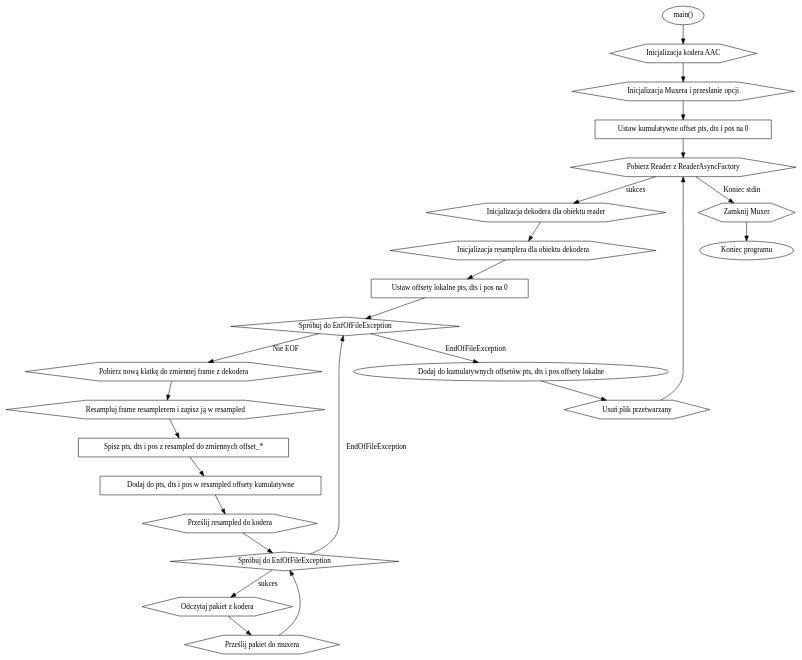
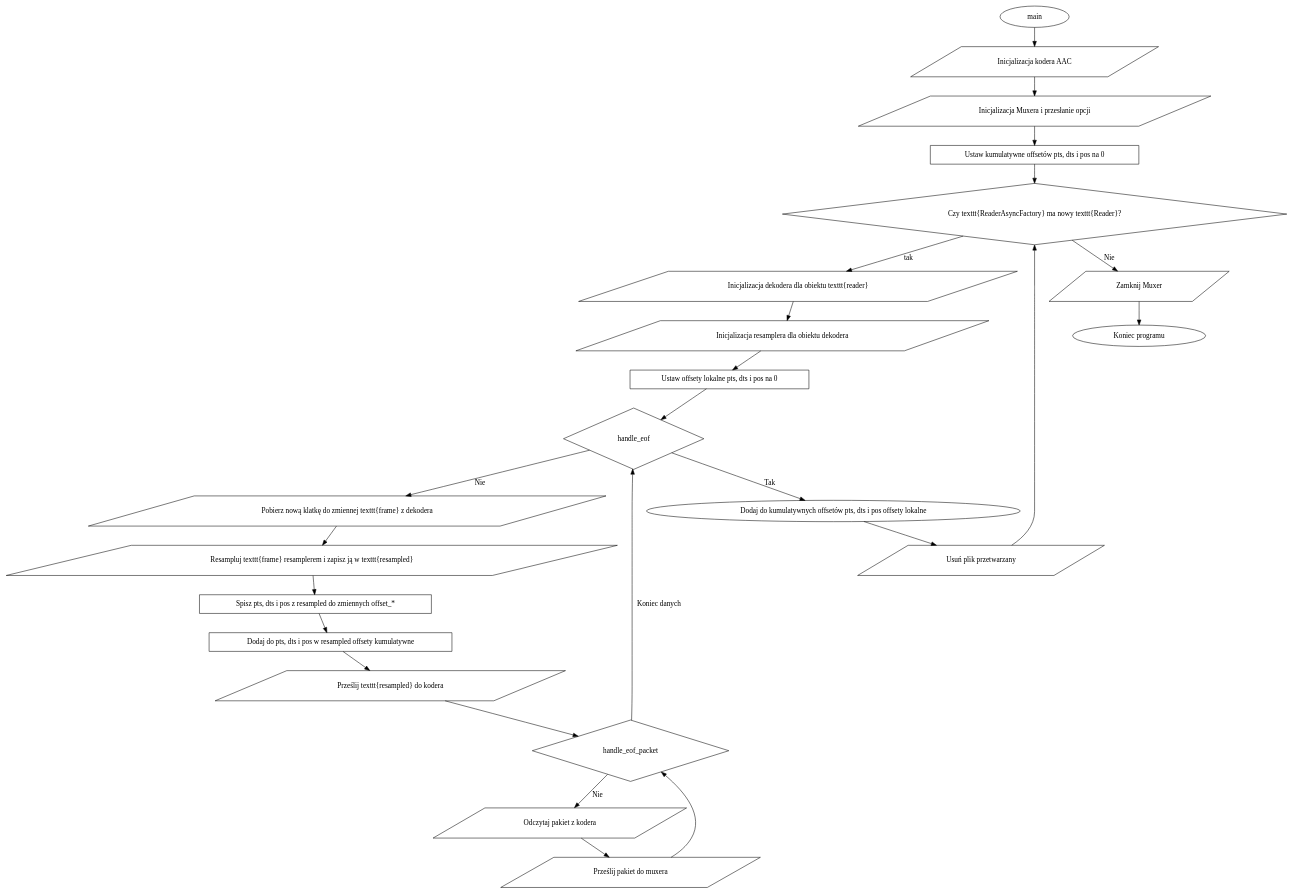
The diagram in docs/program.dot (HakierGrzonzo/modradio), drawn with Graphviz before and after one commit. The commit also changed 4 other files, not shown here.

Commit message:
Docs with graphs

```diff
--- a/docs/program.dot
+++ b/docs/program.dot
@@ -1,108 +1,118 @@
 digraph G {
+    node    [
+        lblstyle="text width=8em,align=center"
+        margin=".4,.1"
+    ]
     main [
-        label="main()"
+        texlbl="\texttt{main()}"
     ]
     encoder_init [
         label="Inicjalizacja kodera AAC"
-        shape=hexagon
+        shape=parallelogram
     ]
         main -> encoder_init
     muxer_init [
         label="Inicjalizacja Muxera i przesłanie opcji"
-        shape=hexagon
+        shape=parallelogram
     ]
         encoder_init -> muxer_init
     init_offsets [
-        label="Ustaw kumulatywne offset pts, dts i pos na 0"
+        label="Ustaw kumulatywne offsetów pts, dts i pos na 0"
         shape=rect
     ]
         muxer_init -> init_offsets;
     try_get_reader [
-        label="Pobierz Reader z ReaderAsyncFactory"
-        shape=hexagon
+        label="Czy \texttt{ReaderAsyncFactory} ma nowy \texttt{Reader}?"
+        lblstyle="text width=14em,align=center"
+        margin=".4,.3"
+        shape=diamond
     ]
         init_offsets -> try_get_reader
     init_decoder [
-        label="Inicjalizacja dekodera dla obiektu reader"
-        shape=hexagon
+        label="Inicjalizacja dekodera dla obiektu \texttt{reader}"
+        shape=parallelogram
     ]
-        try_get_reader -> init_decoder [label="sukces"]
+        try_get_reader -> init_decoder [label="tak"]
     init_resampler [
         label="Inicjalizacja resamplera dla obiektu dekodera"
-        shape=hexagon
+        shape=parallelogram
     ]
         init_decoder -> init_resampler;
     init_offset_local [
         label="Ustaw offsety lokalne pts, dts i pos na 0"
         shape=rect
     ]
         init_resampler -> init_offset_local;
     handle_eof [
-        label="Spróbuj do EnfOfFileException"
+        texlbl="Koniec pliku?"
+        lblstyle="text width=14em,align=center"
+        margin=".4,.3"
         shape=diamond
     ]
         init_offset_local -> handle_eof
     get_frame [
-        label="Pobierz nową klatkę do zmiennej frame z dekodera"
-        shape=hexagon
+        label="Pobierz nową klatkę do zmiennej \texttt{frame} z dekodera"
+        shape=parallelogram
     ]
-        handle_eof -> get_frame[label="Nie EOF"]
+        handle_eof -> get_frame[label="Nie"]
     resample [
-        label ="Resampluj frame resamplerem i zapisz ją w resampled"
-        shape=hexagon
+        label ="Resampluj \texttt{frame} resamplerem i zapisz ją w \texttt{resampled}"
+        shape=parallelogram
     ]
         get_frame -> resample
     get_offsets [
-        label="Spisz pts, dts i pos z resampled do zmiennych offset_*"
+        label="Spisz pts, dts i pos z resampled do zmiennych offset\_*"
         shape=rect
     ]
         resample -> get_offsets
     set_offsets [
         label="Dodaj do pts, dts i pos w resampled offsety kumulatywne"
         shape=rect
     ]
         get_offsets -> set_offsets
     push_encoder [
-        label="Prześlij resampled do kodera"
-        shape=hexagon
+        label="Prześlij \texttt{resampled} do kodera"
+        shape=parallelogram
     ]
         set_offsets -> push_encoder;
     handle_eof_packet [
-        label="Spróbuj do EnfOfFileException"
+        texlbl="Koniec nowych danych z kodera?"
+        lblstyle="text width=14em,align=center"
+        margin=".4,.3"
         shape=diamond
     ]
         push_encoder -> handle_eof_packet;
         read_packet [
             label="Odczytaj pakiet z kodera"
-            shape=hexagon
+            shape=parallelogram
         ]
-            handle_eof_packet -> read_packet [label="sukces"]
+            handle_eof_packet -> read_packet [label="Nie"]
         push_muxer [
             label="Prześlij pakiet do muxera"
-            shape=hexagon
+            shape=parallelogram
         ]
             read_packet -> push_muxer;
             push_muxer -> handle_eof_packet;
-            handle_eof_packet -> handle_eof [label="EndOfFileException"]
+            handle_eof_packet -> handle_eof [label="Koniec danych"]
     add_to_cumulative [
         label="Dodaj do kumulatywnych offsetów pts, dts i pos offsety lokalne"
     ]
-        handle_eof -> add_to_cumulative [label="EndOfFileException"]
+        handle_eof -> add_to_cumulative [label="Tak"]
     delete_file [
         label="Usuń plik przetwarzany"
-        shape=hexagon
+        shape=parallelogram
     ]
         add_to_cumulative -> delete_file;
         delete_file -> try_get_reader;
     close_muxer [
         label="Zamknij Muxer"
-        shape=hexagon
+        shape=parallelogram
     ] 
-        try_get_reader -> close_muxer [label="Koniec stdin"]
+        try_get_reader -> close_muxer [label="Nie"]
     end [
         label="Koniec programu"
     ]
     close_muxer -> end;
 
 
 }
```
